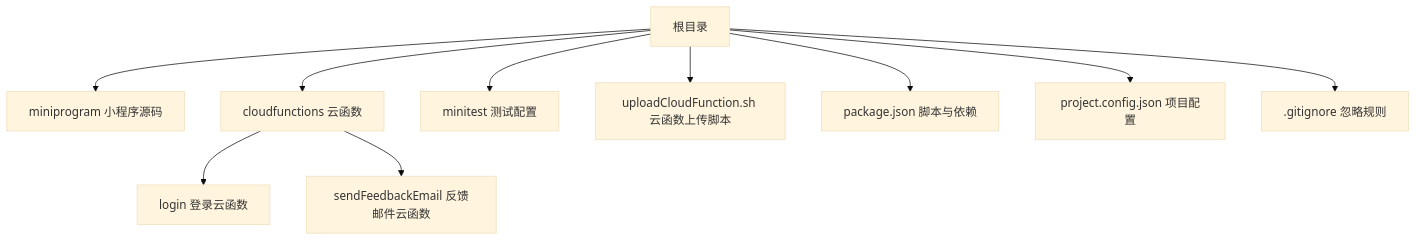
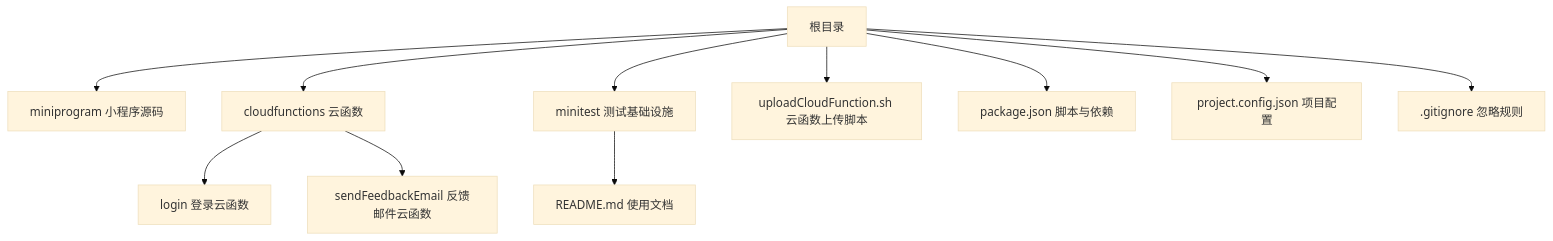
One commit to zhangxin19911211-creator/Project_BabyAssistant changed the first of 3 diagrams in .qoder/repowiki/zh/content/测试策略/自动化测试.md. Above: the diagram before and after it, drawn with Mermaid (base theme). The commit also changed other lines of this file and 24 other files, not shown here.

````diff
--- a/.qoder/repowiki/zh/content/测试策略/自动化测试.md
+++ b/.qoder/repowiki/zh/content/测试策略/自动化测试.md
@@ -46,12 +53,13 @@
 ```mermaid
 graph TB
 A["根目录"] --> B["miniprogram 小程序源码"]
 A --> C["cloudfunctions 云函数"]
 C --> C1["login 登录云函数"]
 C --> C2["sendFeedbackEmail 反馈邮件云函数"]
-A --> D["minitest 测试配置"]
+A --> D["minitest 测试基础设施"]
+D --> D1["README.md 使用文档"]
 A --> E["uploadCloudFunction.sh 云函数上传脚本"]
 A --> F["package.json 脚本与依赖"]
 A --> G["project.config.json 项目配置"]
 A --> H[".gitignore 忽略规则"]
 ```
````
